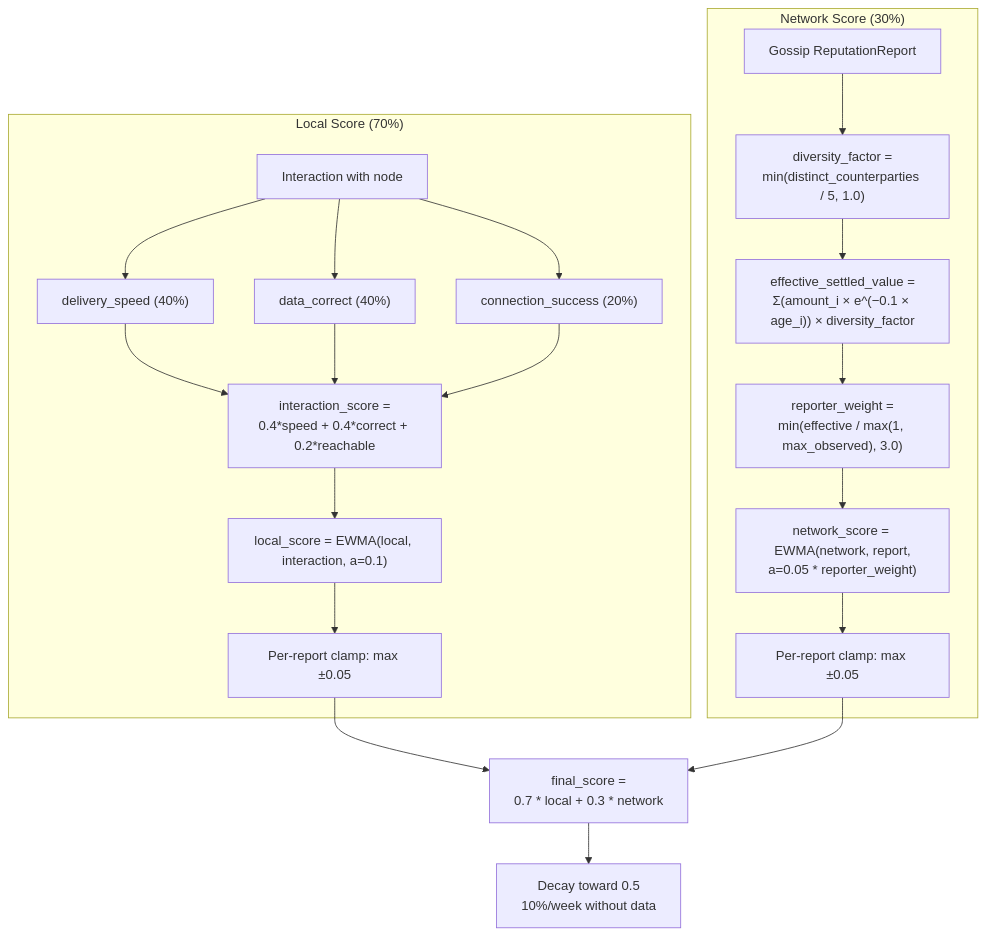
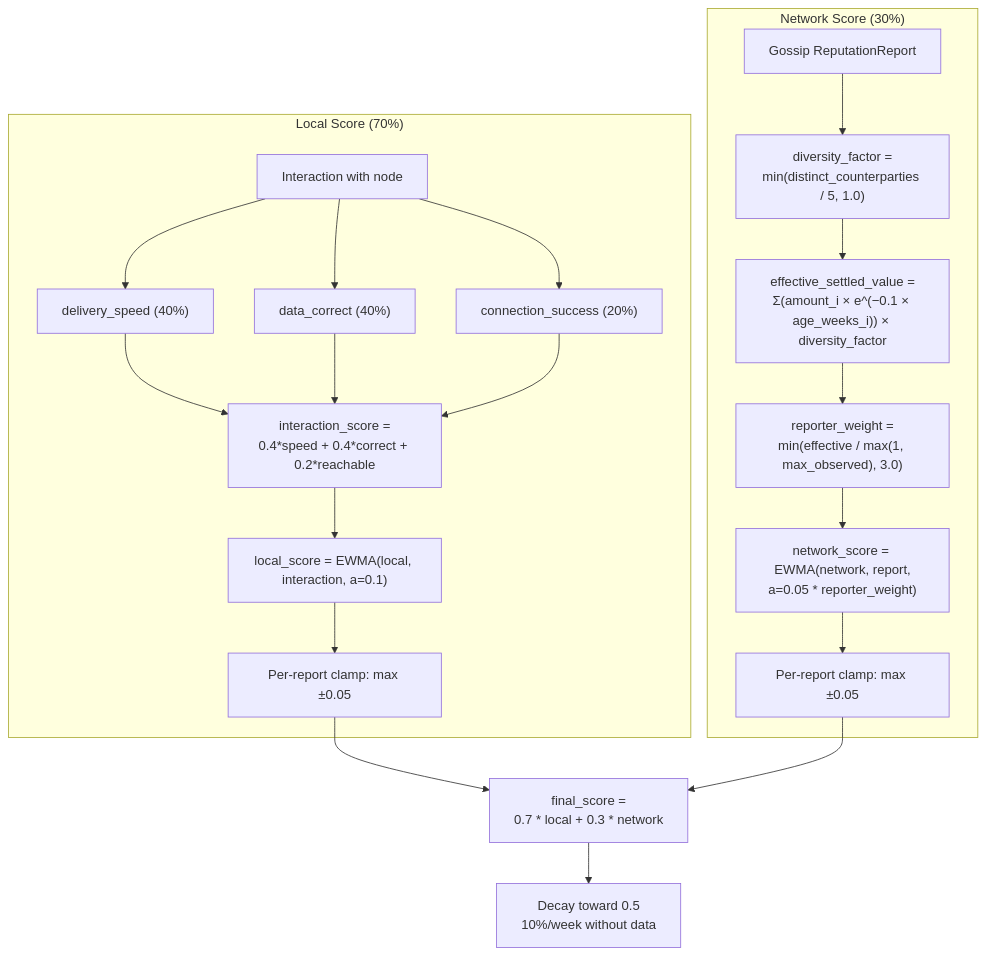
The first of 2 diagrams in adr/008-reputation.md (decdn/decdn), drawn with Mermaid before and after one commit. The commit also changed other lines of this file, not shown here.

````diff
--- a/adr/008-reputation.md
+++ b/adr/008-reputation.md
@@ -123,26 +123,26 @@
 ```mermaid
 flowchart TD
     subgraph Local["Local Score (70%)"]
         I[Interaction with node] --> M1["delivery_speed (40%)"]
         I --> M2["data_correct (40%)"]
         I --> M3["connection_success (20%)"]
         M1 --> IS["interaction_score =<br/>0.4*speed + 0.4*correct + 0.2*reachable"]
         M2 --> IS
         M3 --> IS
         IS --> EWMA1["local_score = EWMA(local, interaction, a=0.1)"]
         EWMA1 --> CLAMP1["Per-report clamp: max ±0.05"]
     end
 
     subgraph Network["Network Score (30%)"]
         GR[Gossip ReputationReport] --> DC["diversity_factor =<br/>min(distinct_counterparties / 5, 1.0)"]
-        DC --> TD["effective_settled_value =<br/>Σ(amount_i × e^(−0.1 × age_i)) × diversity_factor"]
+        DC --> TD["effective_settled_value =<br/>Σ(amount_i × e^(−0.1 × age_weeks_i)) × diversity_factor"]
         TD --> RW["reporter_weight =<br/>min(effective / max(1, max_observed), 3.0)"]
         RW --> EWMA2["network_score = EWMA(network, report,<br/>a=0.05 * reporter_weight)"]
         EWMA2 --> CLAMP2["Per-report clamp: max ±0.05"]
     end
 
     CLAMP1 --> FINAL["final_score =<br/>0.7 * local + 0.3 * network"]
     CLAMP2 --> FINAL
 
     FINAL --> DECAY["Decay toward 0.5<br/>10%/week without data"]
 ```
````
